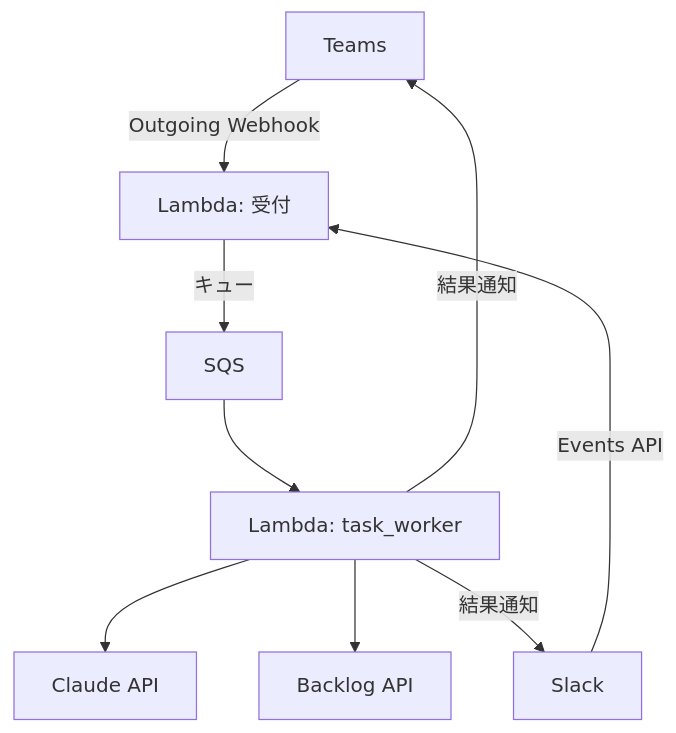
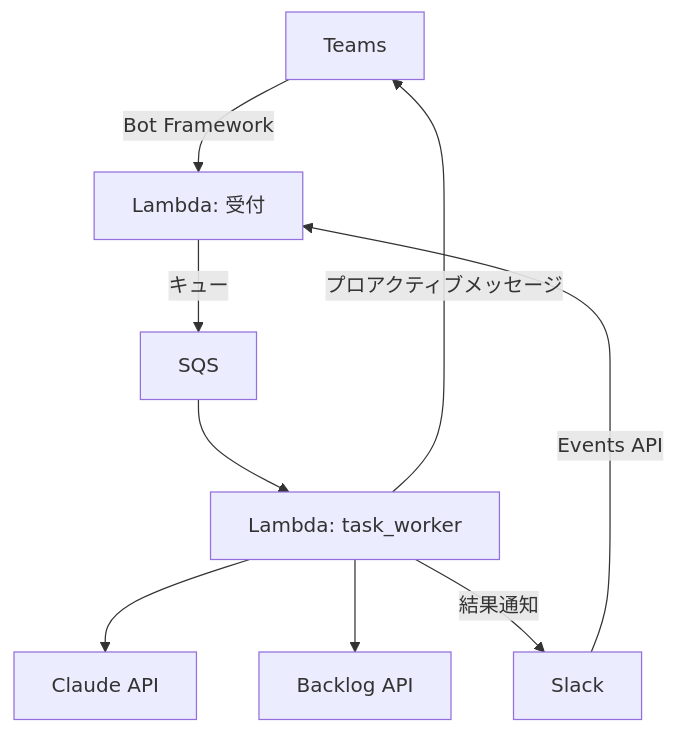
One commit to nohara-kengo/nct-topal changed the second of 5 diagrams in README.md. Above: the diagram before and after it, drawn with Mermaid. The commit also changed other lines of this file and 23 other files, not shown here.

````diff
--- a/README.md
+++ b/README.md
@@ -46,11 +45,11 @@
 ```mermaid
 flowchart TD
-    A1[Teams] -->|Outgoing Webhook| B[Lambda: 受付]
+    A1[Teams] -->|Bot Framework| B[Lambda: 受付]
     A2[Slack] -->|Events API| B
     B -->|キュー| SQS[SQS]
     SQS --> C[Lambda: task_worker]
     C --> D[Claude API]
     C --> F[Backlog API]
-    C -->|結果通知| A1
+    C -->|プロアクティブメッセージ| A1
     C -->|結果通知| A2
 ```
````
